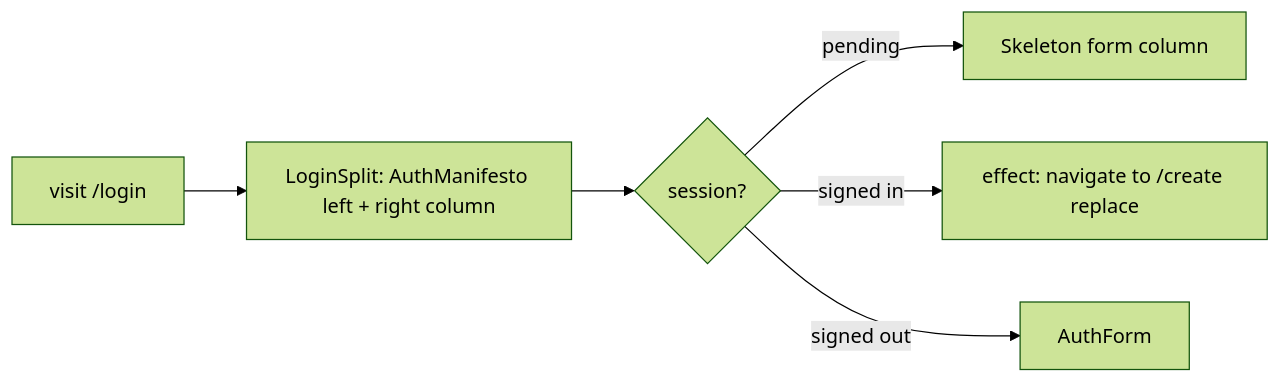
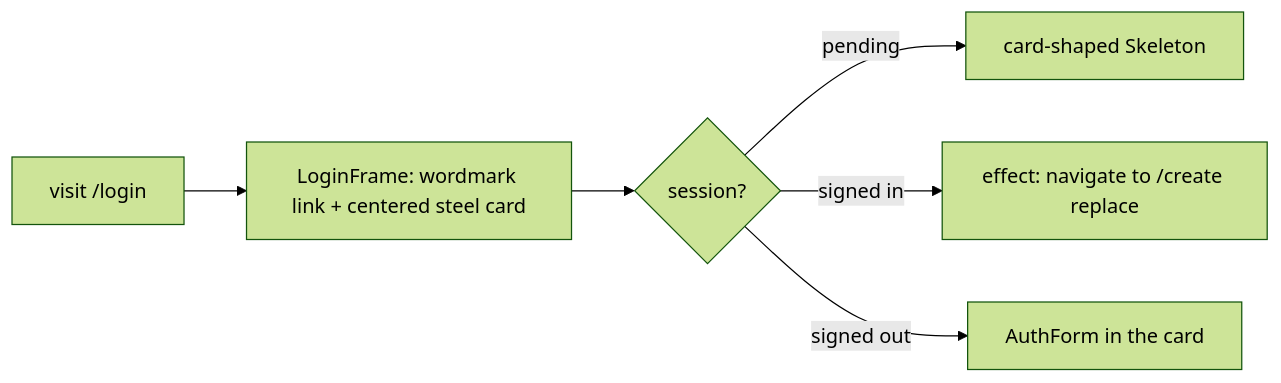
The diagram in apps/web/src/routes/login.tsx.md (AzamatRaimbekov2/openCreate), drawn with Mermaid (forest theme) before and after one commit. The commit also changed other lines of this file and 24 other files, not shown here.

````diff
--- a/apps/web/src/routes/login.tsx.md
+++ b/apps/web/src/routes/login.tsx.md
@@ -31,8 +33,8 @@
 ```mermaid
 flowchart LR
-  V[visit /login] --> SPLIT[LoginSplit: AuthManifesto left + right column]
-  SPLIT --> S{session?}
-  S -->|pending| SK[Skeleton form column]
+  V[visit /login] --> FRAME[LoginFrame: wordmark link + centered steel card]
+  FRAME --> S{session?}
+  S -->|pending| SK[card-shaped Skeleton]
   S -->|signed in| NAV[effect: navigate to /create replace]
-  S -->|signed out| AF[AuthForm]
+  S -->|signed out| AF[AuthForm in the card]
 ```
````
